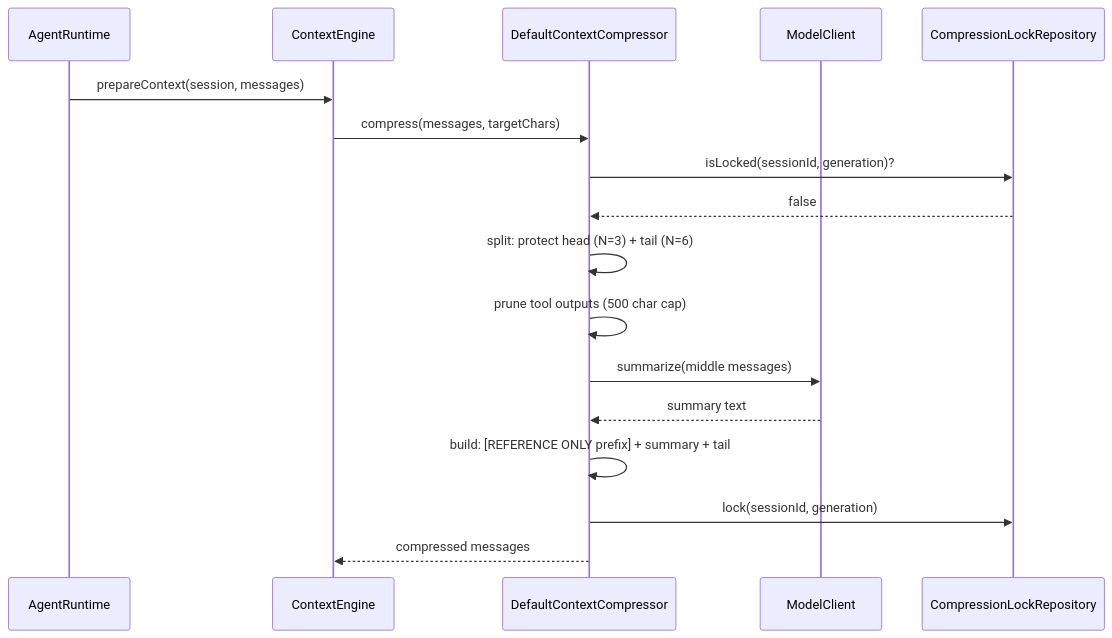
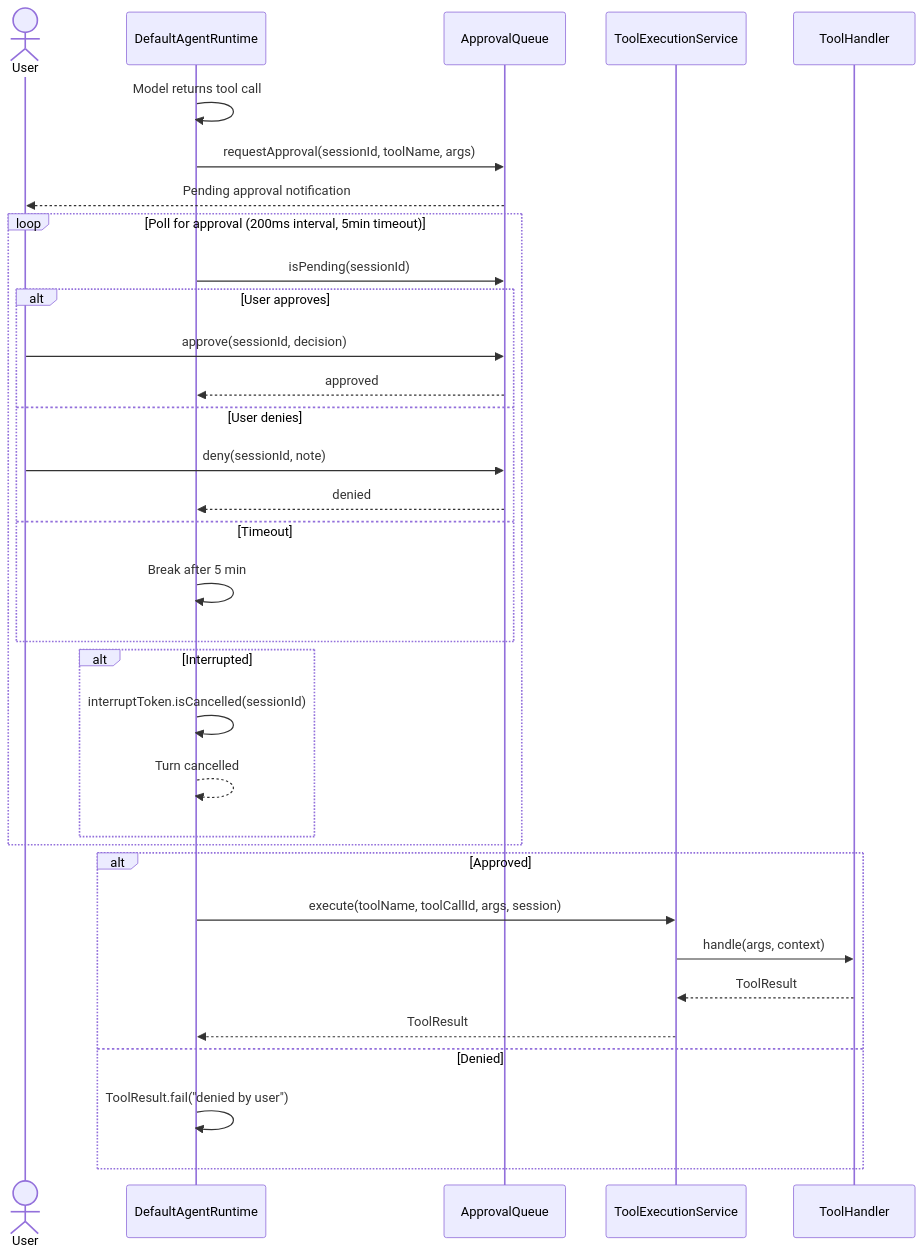
One commit to FerrPOINT/java-agent changed the third of 9 diagrams in docs/architecture/sequence-diagrams.md. Above: the diagram before and after it, drawn with Mermaid. The commit also changed other lines of this file and 13 other files, not shown here.

First line of the commit message:
feat: architecture documentation + Docker prod compose + enhanced E2E smoke

````diff
--- a/docs/architecture/sequence-diagrams.md
+++ b/docs/architecture/sequence-diagrams.md
@@ -67,20 +109,40 @@
 ```mermaid
 sequenceDiagram
-    participant Runtime as AgentRuntime
-    participant Engine as ContextEngine
-    participant Compressor as DefaultContextCompressor
-    participant Model as ModelClient
-    participant Lock as CompressionLockRepository
+    actor User
+    participant DAR as DefaultAgentRuntime
+    participant AQ as ApprovalQueue
+    participant TE as ToolExecutionService
+    participant TH as ToolHandler
 
-    Runtime->>Engine: prepareContext(session, messages)
-    Engine->>Compressor: compress(messages, targetChars)
-    Compressor->>Lock: isLocked(sessionId, generation)?
-    Lock-->>Compressor: false
-    Compressor->>Compressor: split: protect head (N=3) + tail (N=6)
-    Compressor->>Compressor: prune tool outputs (500 char cap)
-    Compressor->>Model: summarize(middle messages)
-    Model-->>Compressor: summary text
-    Compressor->>Compressor: build: [REFERENCE ONLY prefix] + summary + tail
-    Compressor->>Lock: lock(sessionId, generation)
-    Compressor-->>Engine: compressed messages
+    DAR->>DAR: Model returns tool call
+    DAR->>AQ: requestApproval(sessionId, toolName, args)
+    AQ-->>User: Pending approval notification
+
+    loop Poll for approval (200ms interval, 5min timeout)
+        DAR->>AQ: isPending(sessionId)
+
+        alt User approves
+            User->>AQ: approve(sessionId, decision)
+            AQ-->>DAR: approved
+        else User denies
+            User->>AQ: deny(sessionId, note)
+            AQ-->>DAR: denied
+        else Timeout
+            DAR->>DAR: Break after 5 min
+        end
+
+        alt Interrupted
+            DAR->>DAR: interruptToken.isCancelled(sessionId)
+            DAR-->>DAR: Turn cancelled
+        end
+    end
+
+    alt Approved
+        DAR->>TE: execute(toolName, toolCallId, args, session)
+        TE->>TH: handle(args, context)
+        TH-->>TE: ToolResult
+        TE-->>DAR: ToolResult
+    else Denied
+        DAR->>DAR: ToolResult.fail("denied by user")
+    end
 ```
````
